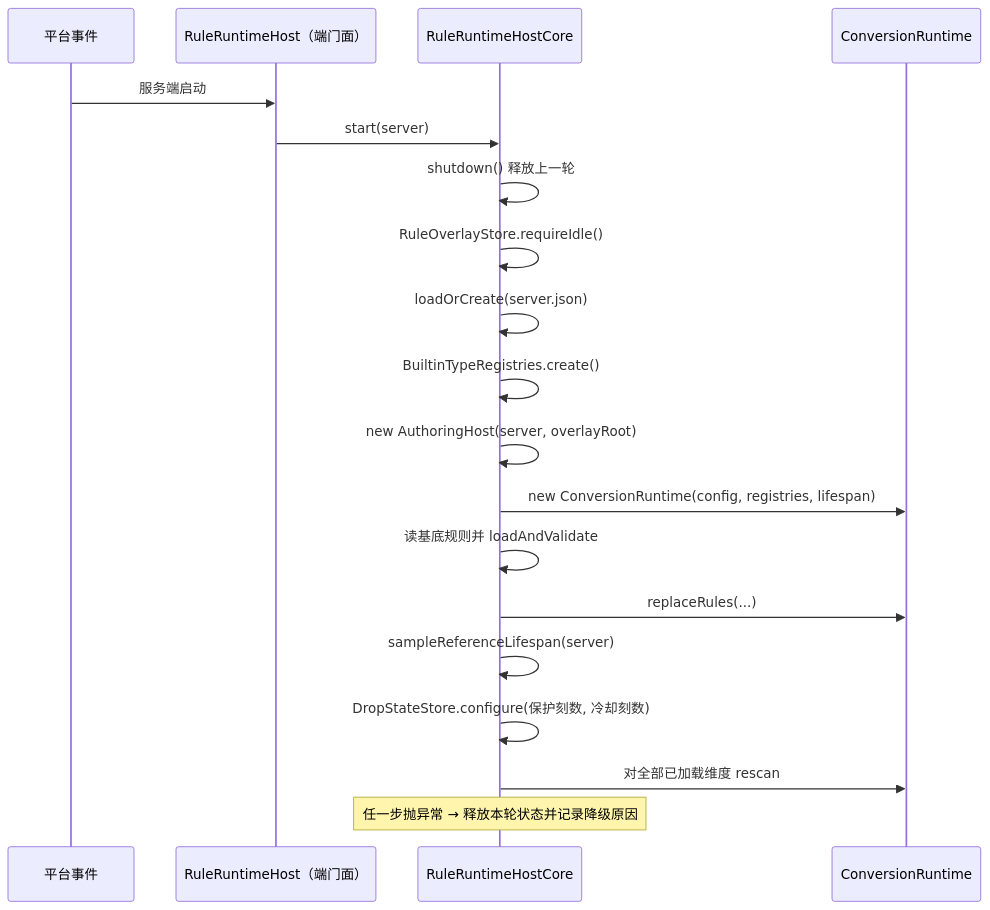
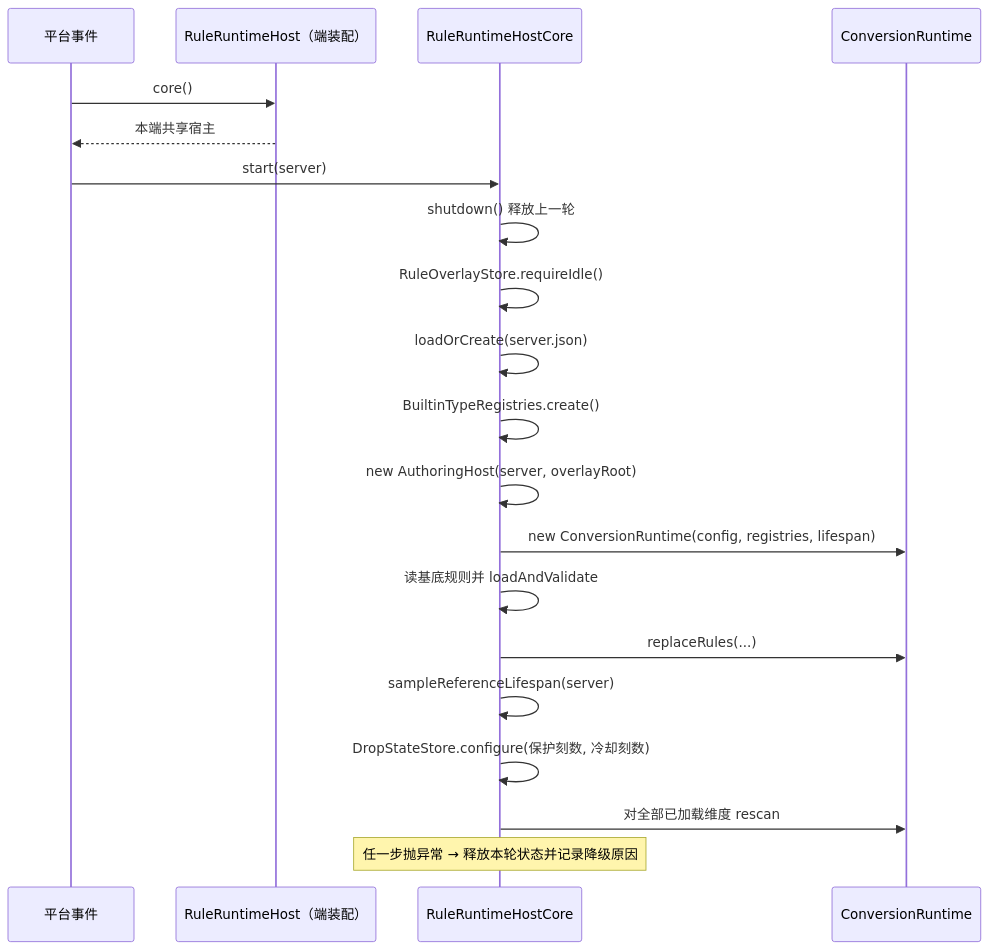
Before and after one commit to meteoritel/item-despawn-to-what: the second of 3 diagrams in docs/modules/platform.md, drawn with Mermaid. The commit also changed other lines of this file and 16 other files, not shown here.

````diff
--- a/docs/modules/platform.md
+++ b/docs/modules/platform.md
@@ -109,21 +112,22 @@
 ```mermaid
 sequenceDiagram
     participant P as 平台事件
-    participant H as RuleRuntimeHost（端门面）
+    participant H as RuleRuntimeHost（端装配）
     participant C as RuleRuntimeHostCore
     participant R as ConversionRuntime
-    P->>H: 服务端启动
-    H->>C: start(server)
+    P->>H: core()
+    H-->>P: 本端共享宿主
+    P->>C: start(server)
     C->>C: shutdown() 释放上一轮
     C->>C: RuleOverlayStore.requireIdle()
     C->>C: loadOrCreate(server.json)
     C->>C: BuiltinTypeRegistries.create()
     C->>C: new AuthoringHost(server, overlayRoot)
     C->>R: new ConversionRuntime(config, registries, lifespan)
     C->>C: 读基底规则并 loadAndValidate
     C->>R: replaceRules(...)
     C->>C: sampleReferenceLifespan(server)
     C->>C: DropStateStore.configure(保护刻数, 冷却刻数)
     C->>R: 对全部已加载维度 rescan
     Note over C: 任一步抛异常 → 释放本轮状态并记录降级原因
 ```
````
